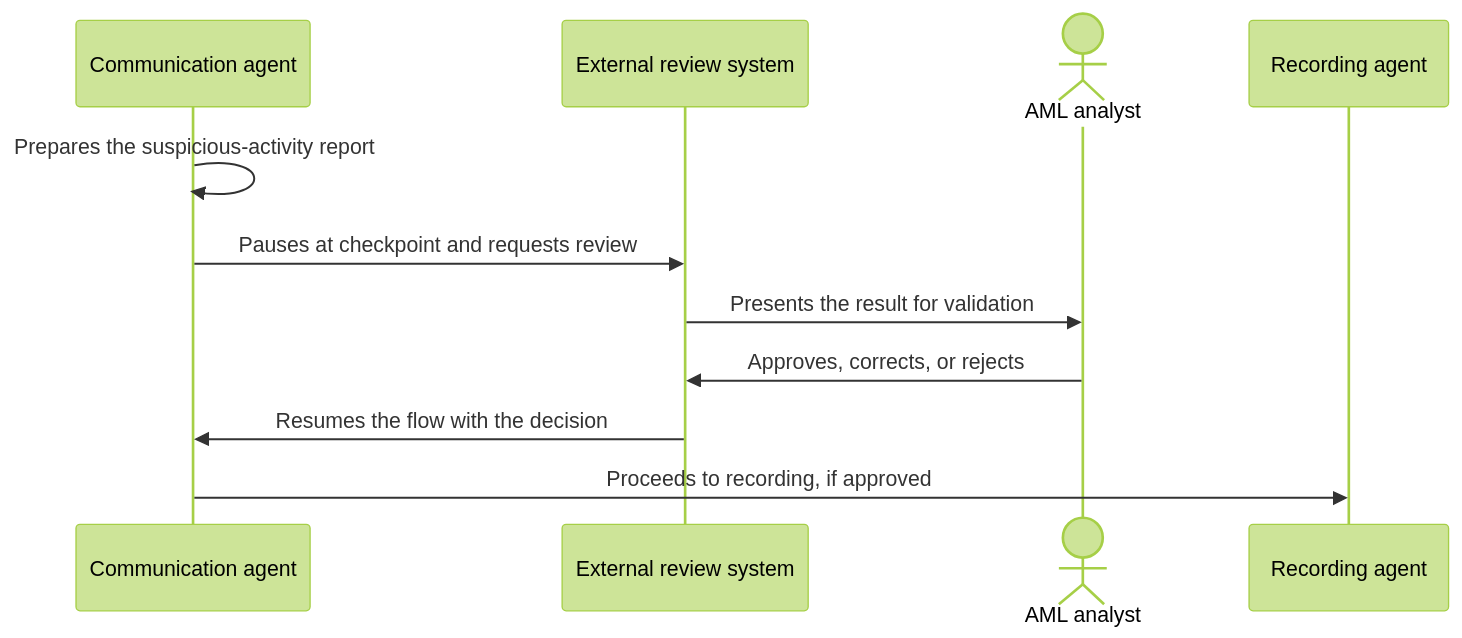
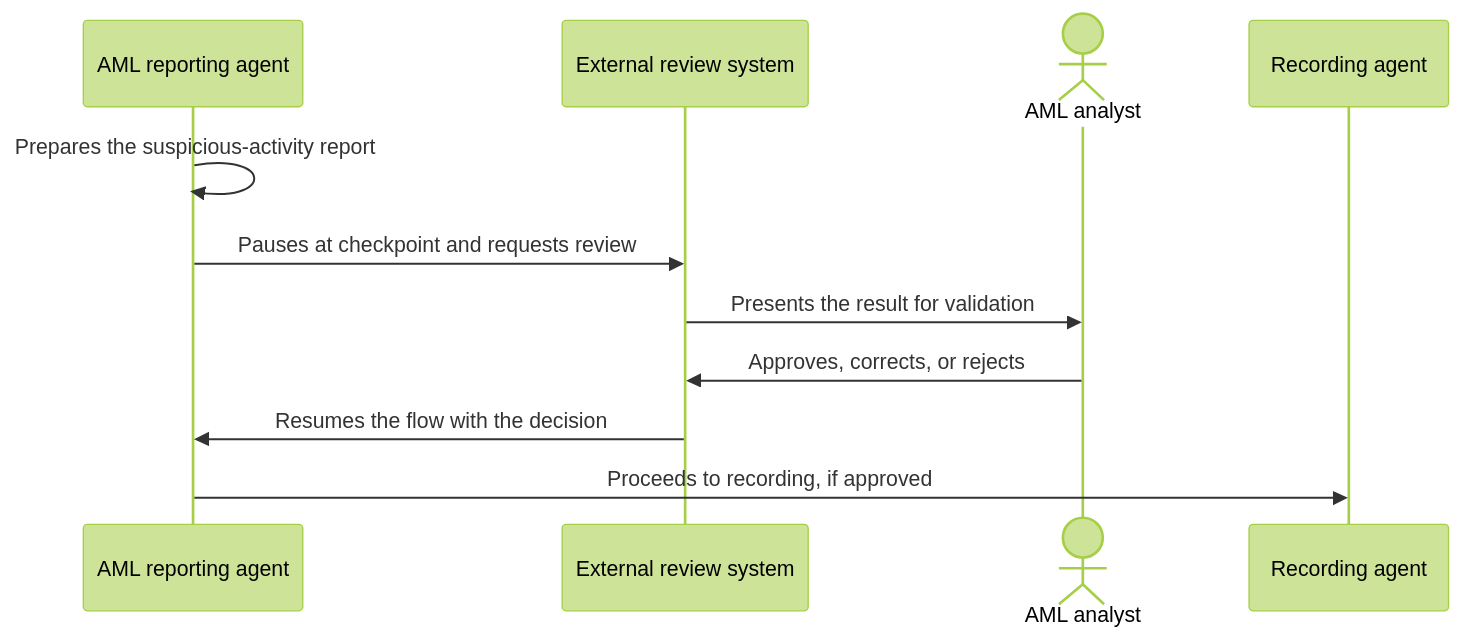
The diagram in i18n/en/docusaurus-plugin-content-docs/current/ai/agent-patterns/special-requirements/human-in-the-loop.md (alancesar/design-patterns), drawn with Mermaid (forest theme) before and after one commit. The commit also changed 28 other files, not shown here.

Commit message:
Fix diagram review findings in microservices, eip, cloud and agent patterns

````diff
--- a/i18n/en/docusaurus-plugin-content-docs/current/ai/agent-patterns/special-requirements/human-in-the-loop.md
+++ b/i18n/en/docusaurus-plugin-content-docs/current/ai/agent-patterns/special-requirements/human-in-the-loop.md
@@ -55,13 +55,13 @@
 ```mermaid
 sequenceDiagram
-    participant A1 as Communication agent
+    participant A1 as AML reporting agent
     participant S as External review system
     actor H as AML analyst
     participant A2 as Recording agent
     A1->>A1: Prepares the suspicious-activity report
     A1->>S: Pauses at checkpoint and requests review
     S->>H: Presents the result for validation
     H->>S: Approves, corrects, or rejects
     S->>A1: Resumes the flow with the decision
     A1->>A2: Proceeds to recording, if approved
 ```
````
